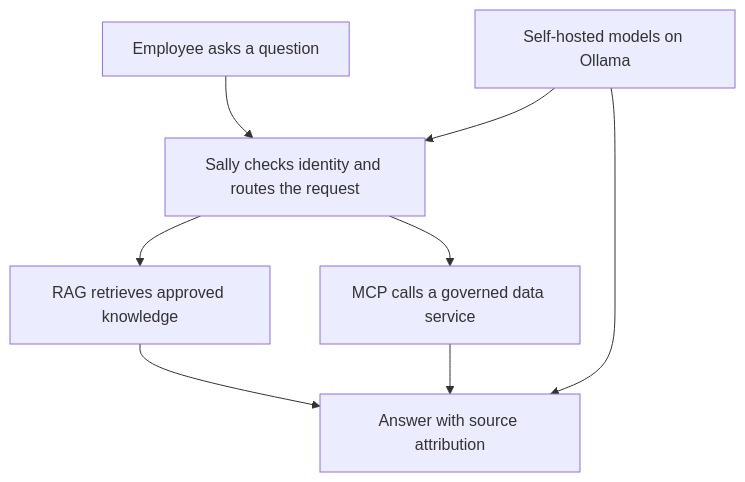
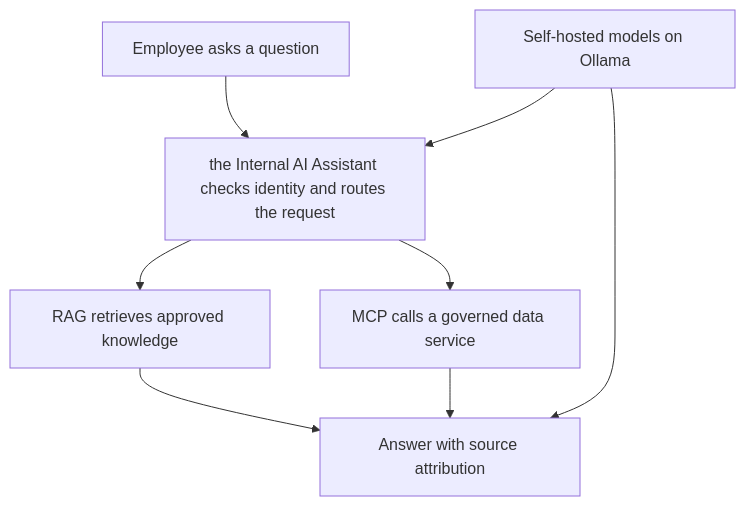
Before and after one commit to yuttasins-byte/enterprise-it-ai-portfolio: the diagram in projects/internal-ai-platform.md, drawn with Mermaid. The commit also changed other lines of this file and 4 other files, not shown here.

Commit message:
Highlight infrastructure security and rename Internal AI Assistant

````diff
--- a/projects/internal-ai-platform.md
+++ b/projects/internal-ai-platform.md
@@ -17,10 +17,10 @@
 ```mermaid
 flowchart TD
-    User["Employee asks a question"] --> Route["Sally checks identity and routes the request"]
+    User["Employee asks a question"] --> Route["the Internal AI Assistant checks identity and routes the request"]
     Route --> RAG["RAG retrieves approved knowledge"]
     Route --> MCP["MCP calls a governed data service"]
     RAG --> Reply["Answer with source attribution"]
     MCP --> Reply
     Ollama["Self-hosted models on Ollama"] --> Route
     Ollama --> Reply
 ```
````
